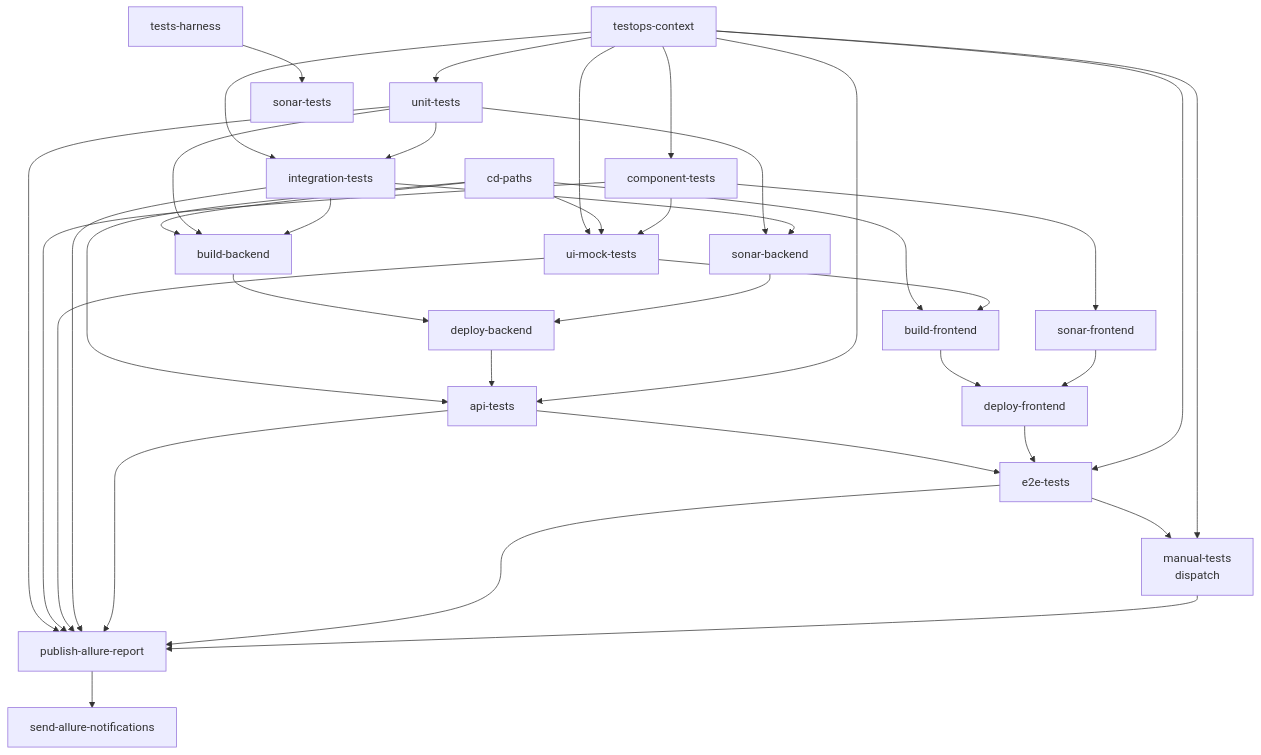
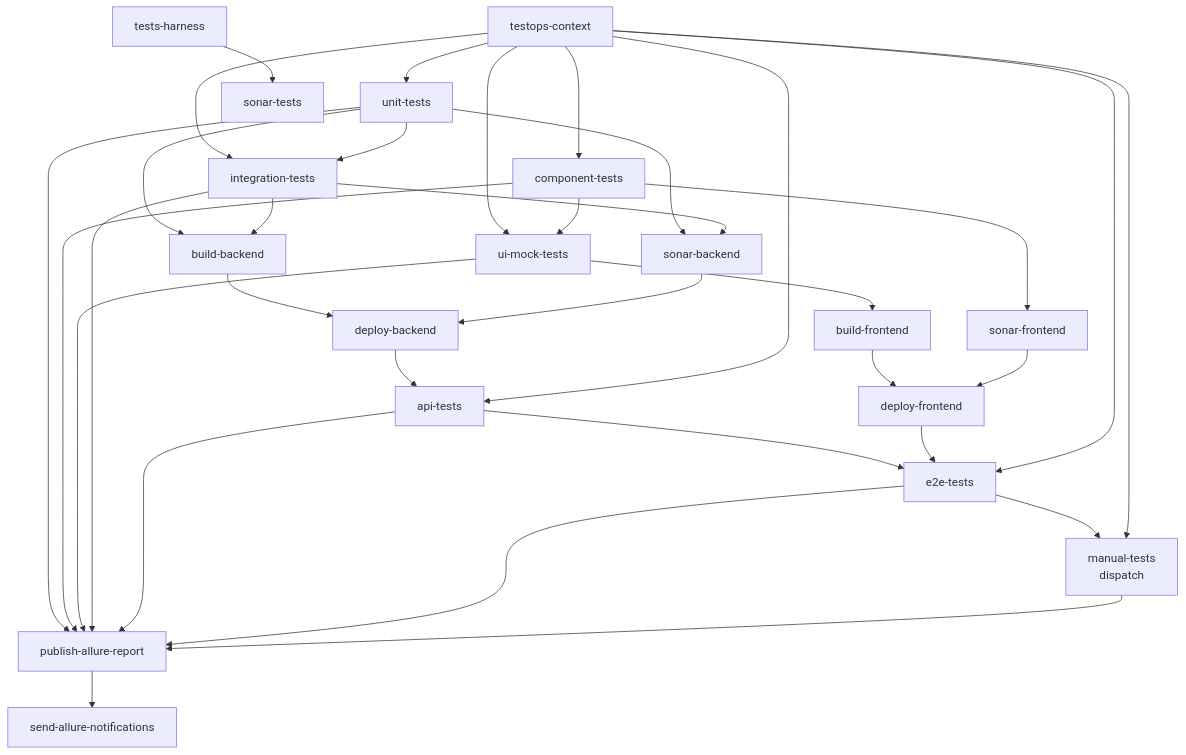
The diagram in README.md (autotests-ai/autotests-ai-multistack-app), drawn with Mermaid before and after one commit. The commit also changed other lines of this file and 4 other files, not shown here.

````diff
--- a/README.md
+++ b/README.md
@@ -79,46 +79,40 @@
 ```mermaid
 flowchart TB
   TOC[testops-context]
-  CH[cd-paths]
 
   TOC --> UNIT[unit-tests]
   TOC --> COMP[component-tests]
   H[tests-harness]
   TOC --> MOCK[ui-mock-tests]
   TOC --> INT[integration-tests]
-
-  CH --> MOCK
-  CH --> BB
-  CH --> BF
-  CH --> API
 
   UNIT --> INT
   UNIT --> SB[sonar-backend]
   INT --> SB
   COMP --> SF[sonar-frontend]
   COMP --> MOCK
   H --> ST[sonar-tests]
 
   UNIT --> BB[build-backend]
   INT --> BB
   MOCK --> BF[build-frontend]
 
   BB --> DB[deploy-backend]
   SB --> DB
 
   BF --> DF[deploy-frontend]
   SF --> DF
 
   DB --> API[api-tests]
   TOC --> API
 
   API --> E2E[e2e-tests]
   DF --> E2E
   TOC --> E2E
 
   E2E --> MAN[manual-tests<br/>dispatch]
   TOC --> MAN
 
   UNIT & COMP & MOCK & INT & API & E2E & MAN --> PUB[publish-allure-report]
   PUB --> NTF[send-allure-notifications]
 ```
````
